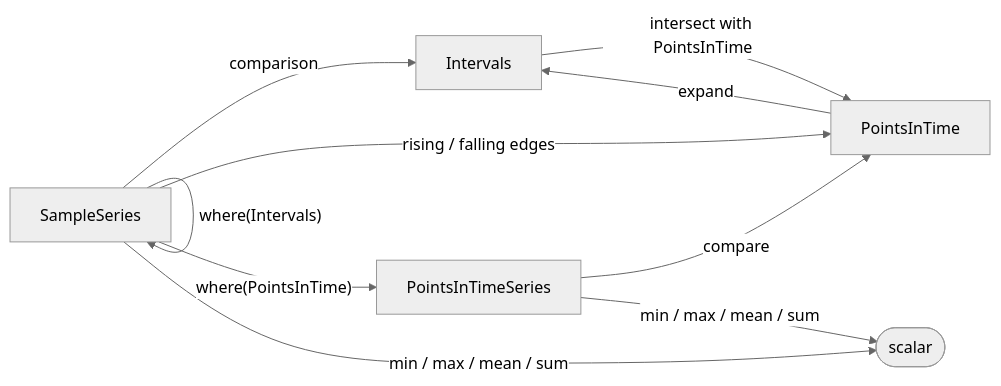
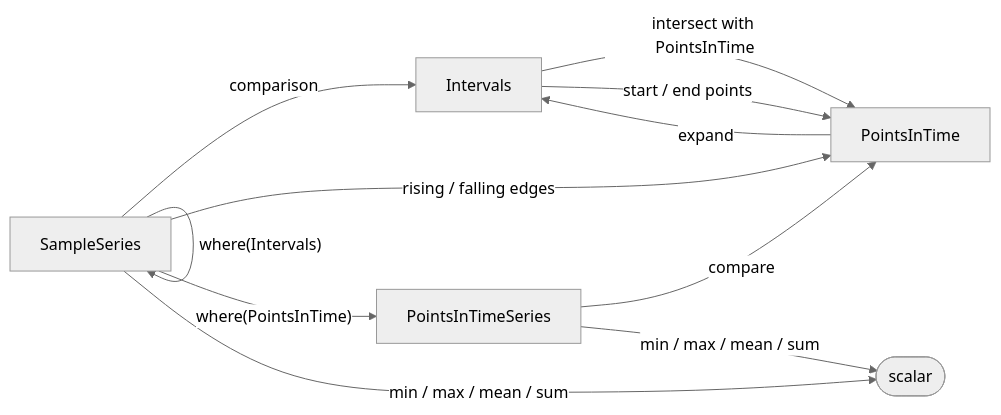
One commit to databrickslabs/impulse changed the diagram in docs/impulse/docs/references/query_engine/tsal/core_data_model.md. Above: the diagram before and after it, drawn with Mermaid (neutral theme). The commit also changed other lines of this file and 3 other files, not shown here.

First line of the commit message:
Add start_points and end_points methods to Intervals class

````diff
--- a/docs/impulse/docs/references/query_engine/tsal/core_data_model.md
+++ b/docs/impulse/docs/references/query_engine/tsal/core_data_model.md
@@ -29,12 +29,13 @@
 ```mermaid
 graph LR
   SS["SampleSeries"] -->|comparison| IV["Intervals"]
   SS -->|"rising / falling edges"| PIT["PointsInTime"]
   SS -->|"where(Intervals)"| SS
   SS -->|"where(PointsInTime)"| PITS["PointsInTimeSeries"]
   SS -->|"min / max / mean / sum"| SC(["scalar"])
   IV -->|"intersect with PointsInTime"| PIT
+  IV -->|"start / end points"| PIT
   PIT -->|expand| IV
   PITS -->|compare| PIT
   PITS -->|"min / max / mean / sum"| SC
 ```
````
